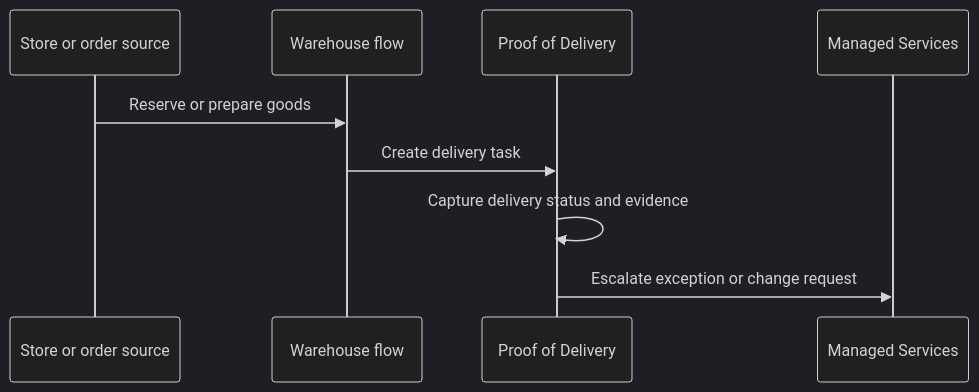
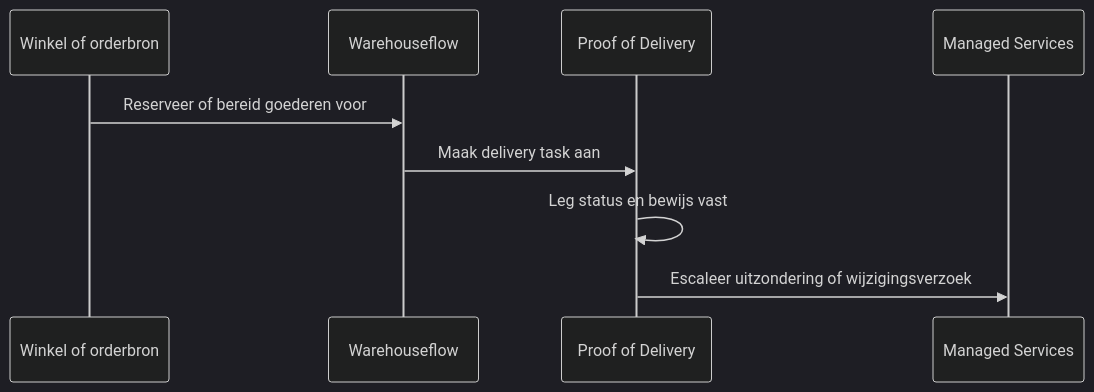
Before and after one commit to gitbook-demo-sites/aiden-demo-site-20260625: the diagram in retail-commerce/workflows/proof-of-delivery-handoff.md, drawn with Mermaid (dark theme). The commit also changed other lines of this file and 32 other files, not shown here.

````diff
--- a/retail-commerce/workflows/proof-of-delivery-handoff.md
+++ b/retail-commerce/workflows/proof-of-delivery-handoff.md
@@ -12,11 +12,11 @@
 ```mermaid
 sequenceDiagram
-    participant POS as Store or order source
-    participant WMS as Warehouse flow
+    participant POS as Winkel of orderbron
+    participant WMS as Warehouseflow
     participant POD as Proof of Delivery
     participant Support as Managed Services
-    POS->>WMS: Reserve or prepare goods
-    WMS->>POD: Create delivery task
-    POD->>POD: Capture delivery status and evidence
-    POD->>Support: Escalate exception or change request
+    POS->>WMS: Reserveer of bereid goederen voor
+    WMS->>POD: Maak delivery task aan
+    POD->>POD: Leg status en bewijs vast
+    POD->>Support: Escaleer uitzondering of wijzigingsverzoek
 ```
````
